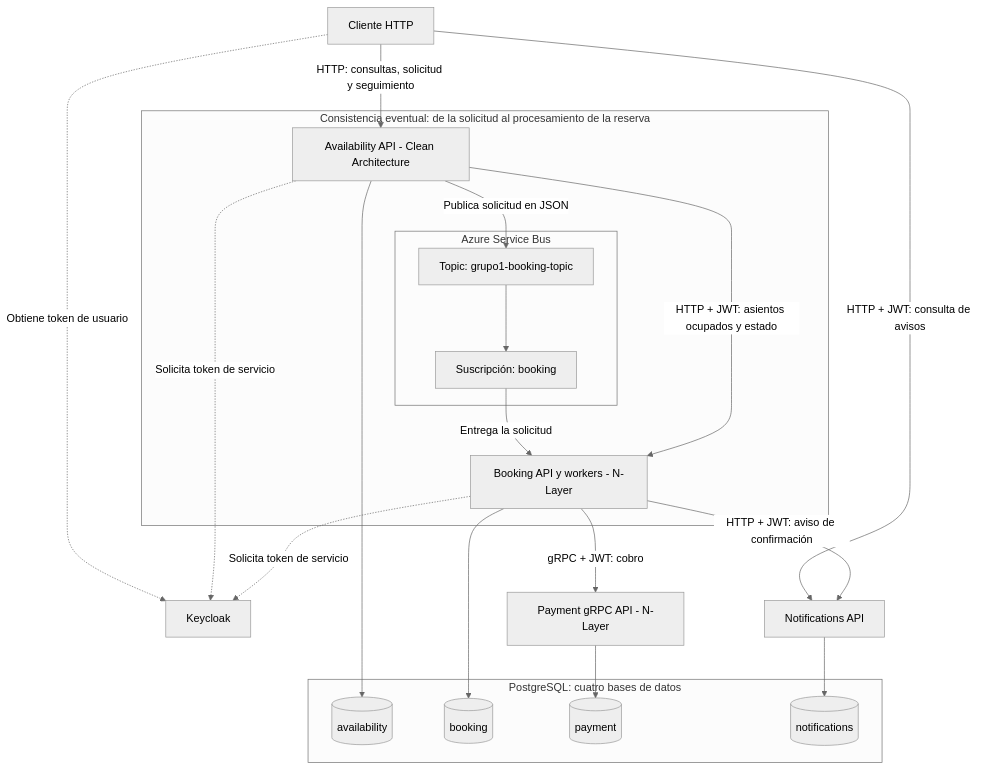
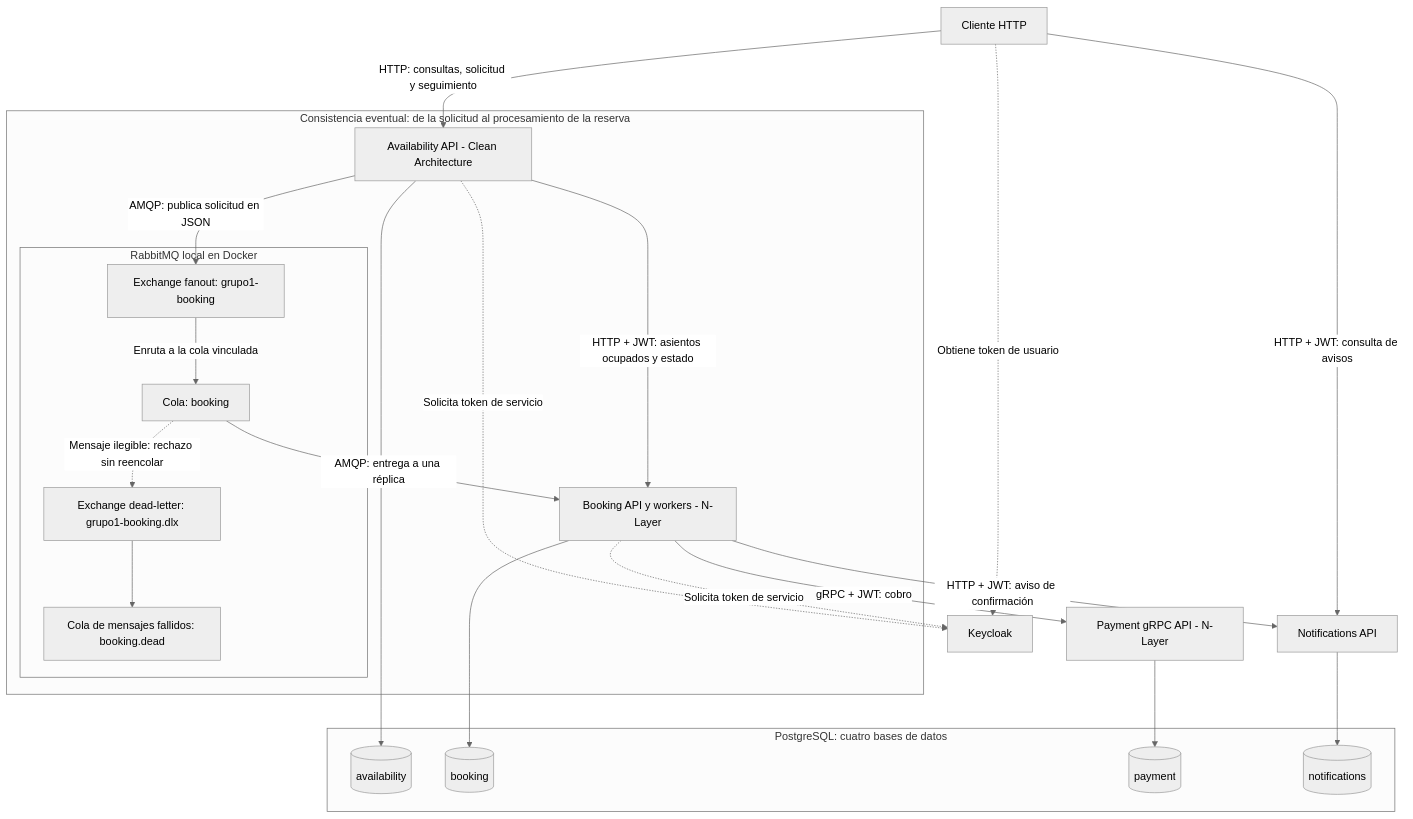
One commit to IgnacioKobylanski/ProgramacionIV-TP-Grupo-I changed the diagram in seat-reservation/docs/diagrama-general.md. Above: the diagram before and after it, drawn with Mermaid (neutral theme). The commit also changed other lines of this file and 2 other files, not shown here.

Commit message:
docs: actualización de diagrama general y tabla de componenetes con nuevo broker

````diff
--- a/seat-reservation/docs/diagrama-general.md
+++ b/seat-reservation/docs/diagrama-general.md
@@ -7,40 +7,44 @@
 ```mermaid
 flowchart TB
     C["Cliente HTTP"]
     K["Keycloak"]
 
     subgraph CE["Consistencia eventual: de la solicitud al procesamiento de la reserva"]
         A["Availability API - Clean Architecture"]
-        subgraph BUS["Azure Service Bus"]
-            T["Topic: grupo1-booking-topic"]
-            S["Suscripción: booking"]
+        subgraph BUS["RabbitMQ local en Docker"]
+            EX["Exchange fanout: grupo1-booking"]
+            Q["Cola: booking"]
+            DLX["Exchange dead-letter: grupo1-booking.dlx"]
+            DQ["Cola de mensajes fallidos: booking.dead"]
+            EX -->|"Enruta a la cola vinculada"| Q
+            Q -.->|"Mensaje ilegible: rechazo sin reencolar"| DLX
+            DLX --> DQ
         end
         B["Booking API y workers - N-Layer"]
-        A -->|"Publica solicitud en JSON"| T
-        T --> S
-        S -->|"Entrega la solicitud"| B
+        A -->|"AMQP: publica solicitud en JSON"| EX
+        Q -->|"AMQP: entrega a una réplica"| B
     end
 
     P["Payment gRPC API - N-Layer"]
     N["Notifications API"]
 
     subgraph PG["PostgreSQL: cuatro bases de datos"]
         DA[(availability)]
         DB[(booking)]
         DP[(payment)]
         DN[(notifications)]
     end
 
     C -->|"HTTP: consultas, solicitud y seguimiento"| A
     C -->|"HTTP + JWT: consulta de avisos"| N
     C -.->|"Obtiene token de usuario"| K
     A -->|"HTTP + JWT: asientos ocupados y estado"| B
     B -->|"gRPC + JWT: cobro"| P
     B -->|"HTTP + JWT: aviso de confirmación"| N
     A -.->|"Solicita token de servicio"| K
     B -.->|"Solicita token de servicio"| K
     A --> DA
     B --> DB
     P --> DP
     N --> DN
 ```
````
